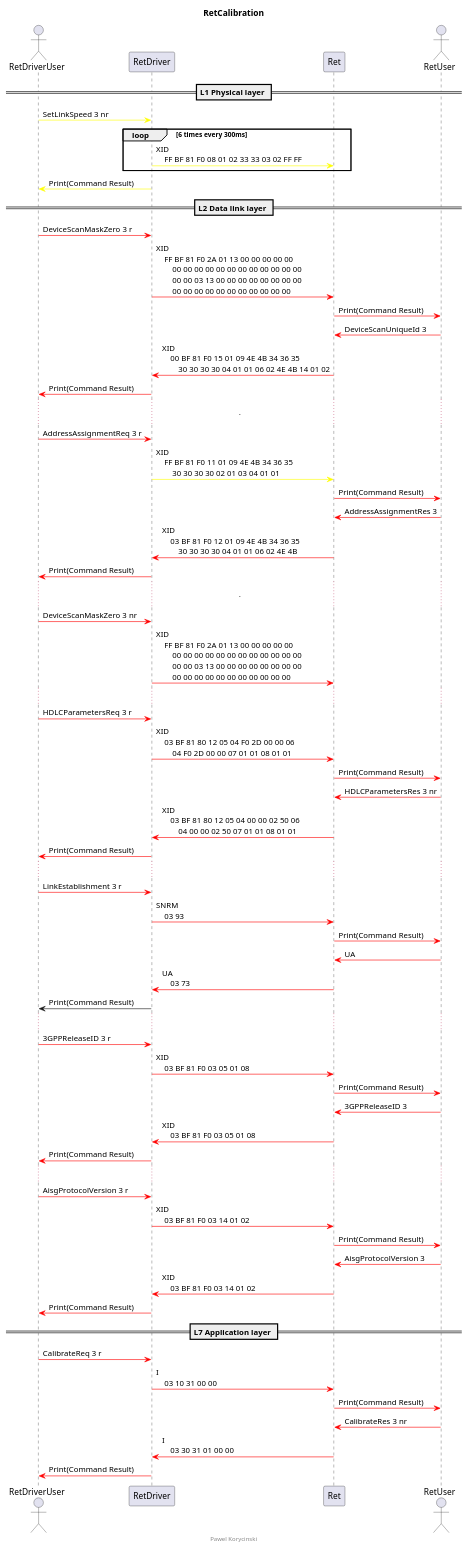
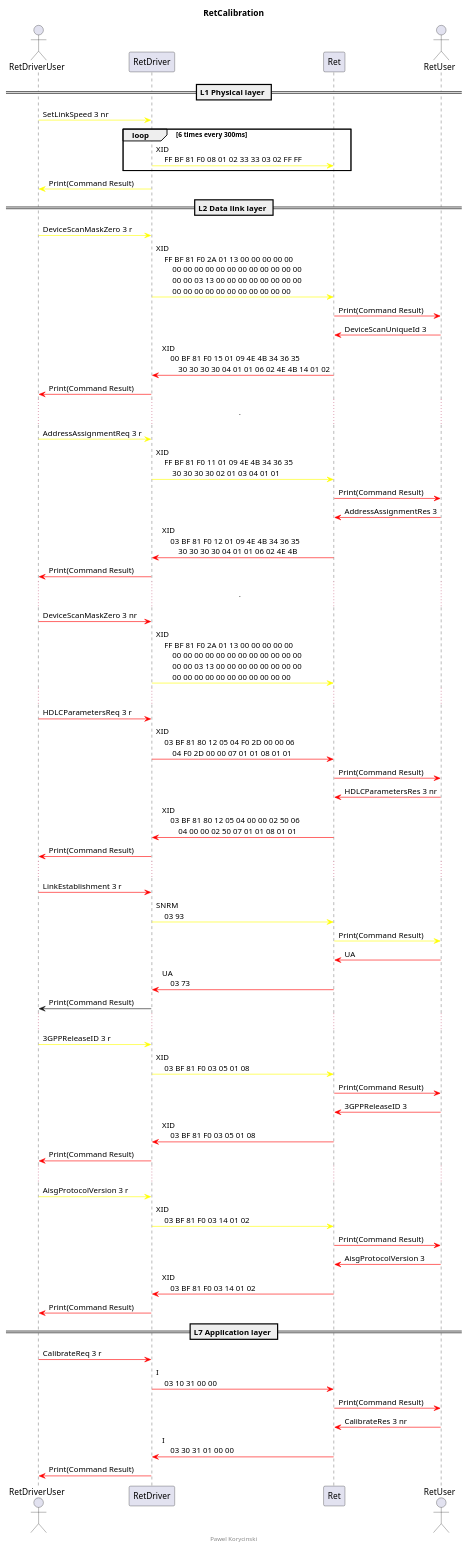
One commit to trunksBT/Almag_RetDriver_Device_Simulator_Docs changed the diagram in UML_DiagramOfSequence_New.wsd. Above: the diagram before and after it, drawn with PlantUML.

Commit message:
Mark fixed commands

```diff
--- a/UML_DiagramOfSequence_New.wsd
+++ b/UML_DiagramOfSequence_New.wsd
@@ -1,123 +1,123 @@
 @startuml
 
 title RetCalibration
 
 actor RetDriverUser
 participant RetDriver
 participant Ret
 actor RetUser
 
 == L1 Physical layer ==
 
 RetDriverUser -[#yellow]> RetDriver : SetLinkSpeed 3 nr
 loop 6 times every 300ms
     RetDriver -[#yellow]> Ret : XID\n\
     FF BF 81 F0 08 01 02 33 33 03 02 FF FF
 end
 RetDriver -[#yellow]> RetDriverUser : Print(Command Result)
 
 == L2 Data link layer ==
 
-RetDriverUser -[#red]> RetDriver : DeviceScanMaskZero 3 r
-RetDriver -[#red]> Ret : XID\n\
+RetDriverUser -[#yellow]> RetDriver : DeviceScanMaskZero 3 r
+RetDriver -[#yellow]> Ret : XID\n\
     FF BF 81 F0 2A 01 13 00 00 00 00 00\n\
         00 00 00 00 00 00 00 00 00 00 00 00\n\
         00 00 03 13 00 00 00 00 00 00 00 00\n\
         00 00 00 00 00 00 00 00 00 00 00
 Ret -[#red]> RetUser : Print(Command Result)
 
 RetUser -[#red]> Ret : DeviceScanUniqueId 3
 Ret -[#red]> RetDriver : XID\n\
     00 BF 81 F0 15 01 09 4E 4B 34 36 35\n\
         30 30 30 30 04 01 01 06 02 4E 4B 14 01 02
 RetDriver -[#red]> RetDriverUser : Print(Command Result)
 
 .......
 
-RetDriverUser -[#red]> RetDriver : AddressAssignmentReq 3 r
+RetDriverUser -[#yellow]> RetDriver : AddressAssignmentReq 3 r
 RetDriver -[#yellow]> Ret : XID\n\
     FF BF 81 F0 11 01 09 4E 4B 34 36 35\n\
         30 30 30 30 02 01 03 04 01 01
 Ret -[#red]> RetUser : Print(Command Result)
 
 RetUser -[#red]> Ret : AddressAssignmentRes 3
 Ret -[#red]> RetDriver : XID\n\
     03 BF 81 F0 12 01 09 4E 4B 34 36 35\n\
         30 30 30 30 04 01 01 06 02 4E 4B
 RetDriver -[#red]> RetDriverUser : Print(Command Result)
 
 .......
 
 RetDriverUser -[#red]> RetDriver : DeviceScanMaskZero 3 nr
-RetDriver -[#red]> Ret : XID\n\
+RetDriver -[#yellow]> Ret : XID\n\
     FF BF 81 F0 2A 01 13 00 00 00 00 00\n\
         00 00 00 00 00 00 00 00 00 00 00 00\n\
         00 00 03 13 00 00 00 00 00 00 00 00\n\
         00 00 00 00 00 00 00 00 00 00 00 
 
 ......
 
 RetDriverUser -[#red]> RetDriver : HDLCParametersReq 3 r
 RetDriver -[#red]> Ret : XID\n\
     03 BF 81 80 12 05 04 F0 2D 00 00 06\n\
         04 F0 2D 00 00 07 01 01 08 01 01 
 Ret -[#red]> RetUser : Print(Command Result)
 
 RetUser -[#red]> Ret : HDLCParametersRes 3 nr
 Ret -[#red]> RetDriver : XID\n\
     03 BF 81 80 12 05 04 00 00 02 50 06\n\
         04 00 00 02 50 07 01 01 08 01 01
 RetDriver -[#red]> RetDriverUser : Print(Command Result)
 
 ......
 
 RetDriverUser -[#red]> RetDriver : LinkEstablishment 3 r
-RetDriver -[#red]> Ret : SNRM\n\
+RetDriver -[#yellow]> Ret : SNRM\n\
     03 93 
-Ret -[#red]> RetUser : Print(Command Result)
+Ret -[#yellow]> RetUser : Print(Command Result)
 
 RetUser -[#red]> Ret : UA
 Ret -[#red]> RetDriver : UA\n\
     03 73
 RetDriver -> RetDriverUser : Print(Command Result)
 
 ......
 
-RetDriverUser -[#red]> RetDriver : 3GPPReleaseID 3 r
-RetDriver -[#red]> Ret : XID\n\
+RetDriverUser -[#yellow]> RetDriver : 3GPPReleaseID 3 r
+RetDriver -[#yellow]> Ret : XID\n\
     03 BF 81 F0 03 05 01 08
 Ret -[#red]> RetUser : Print(Command Result)
 
 RetUser -[#red]> Ret : 3GPPReleaseID 3
 Ret -[#red]> RetDriver : XID\n\
     03 BF 81 F0 03 05 01 08
 RetDriver -[#red]> RetDriverUser : Print(Command Result)
 
 ......
 
-RetDriverUser -[#red]> RetDriver : AisgProtocolVersion 3 r
-RetDriver -[#red]> Ret : XID\n\
+RetDriverUser -[#yellow]> RetDriver : AisgProtocolVersion 3 r
+RetDriver -[#yellow]> Ret : XID\n\
     03 BF 81 F0 03 14 01 02
 Ret -[#red]> RetUser : Print(Command Result)
 
 RetUser -[#red]> Ret : AisgProtocolVersion 3
 Ret -[#red]> RetDriver : XID\n\
     03 BF 81 F0 03 14 01 02
 RetDriver -[#red]> RetDriverUser : Print(Command Result)
 
 == L7 Application layer ==
 
 RetDriverUser -[#red]> RetDriver : CalibrateReq 3 r
 RetDriver -[#red]> Ret : I\n\
     03 10 31 00 00 
 Ret -[#red]> RetUser : Print(Command Result)
 
 RetUser -[#red]> Ret : CalibrateRes 3 nr
 Ret -[#red]> RetDriver : I\n\
     03 30 31 01 00 00 
 
 RetDriver -[#red]> RetDriverUser : Print(Command Result)
 
 footer Pawel Korycinski
 
 @enduml
```
